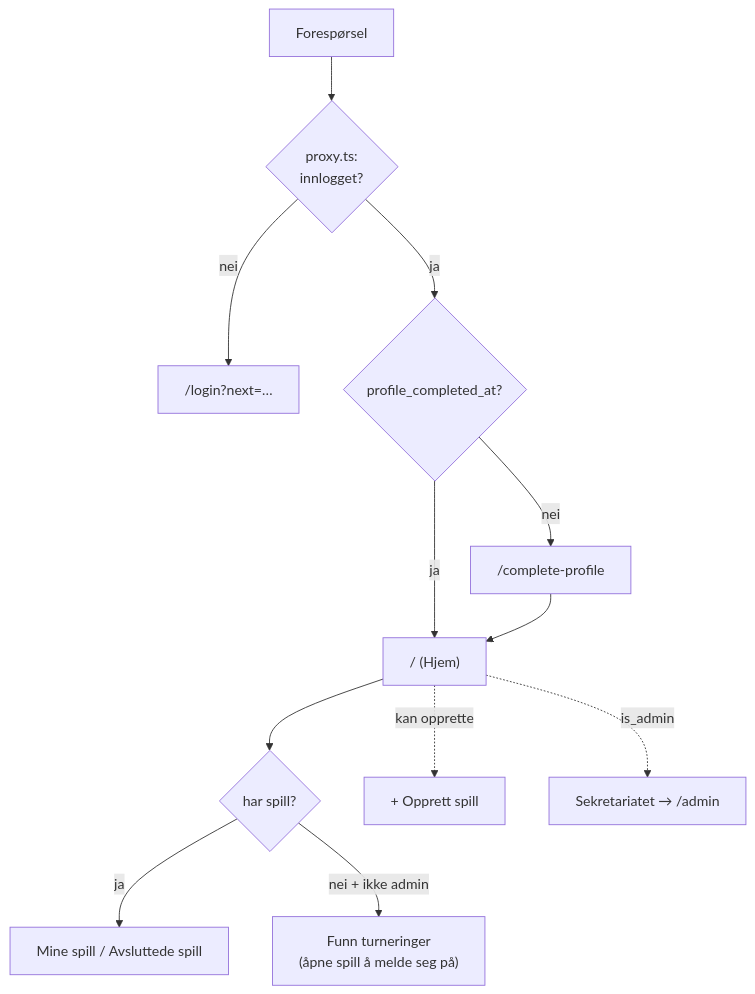
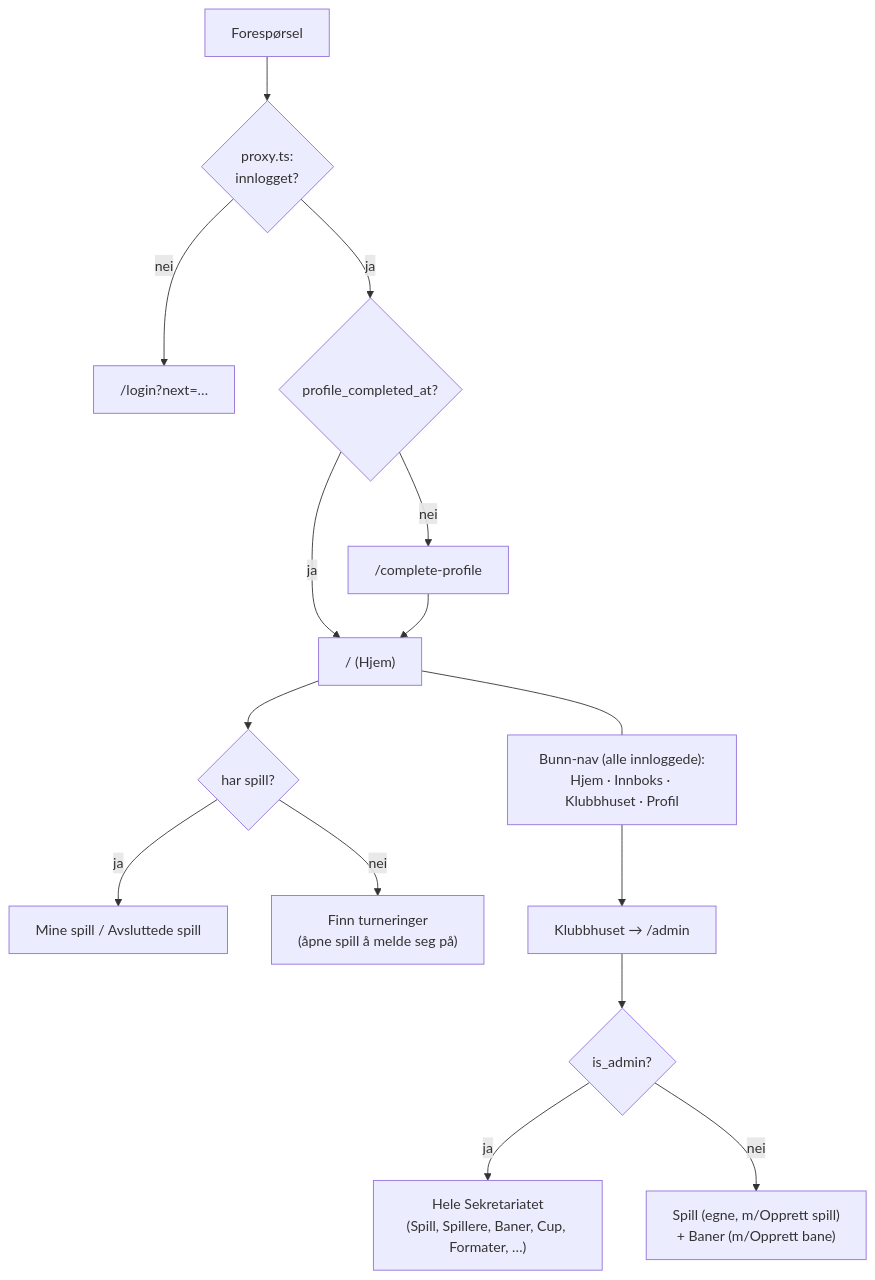
The first of 6 diagrams in docs/user-flows.md (jdlarssen/golf-app), drawn with Mermaid before and after one commit. The commit also changed other lines of this file and 1 other file, not shown here.

First line of the commit message:
docs(flows): refresh §0 routing for Klubbhuset universal nav (#392)

````diff
--- a/docs/user-flows.md
+++ b/docs/user-flows.md
@@ -22,14 +22,18 @@
 ```mermaid
 flowchart TD
   Req[Forespørsel] --> P{proxy.ts:<br/>innlogget?}
   P -- nei --> L["/login?next=…"]
   P -- ja --> Prof{profile_completed_at?}
   Prof -- nei --> CP["/complete-profile"]
   Prof -- ja --> Home["/ (Hjem)"]
   CP --> Home
   Home --> PH{har spill?}
   PH -- ja --> List["Mine spill / Avsluttede spill"]
-  PH -- "nei + ikke admin" --> Disc["Funn turneringer<br/>(åpne spill å melde seg på)"]
-  Home -. "kan opprette" .-> Create["+ Opprett spill"]
-  Home -. "is_admin" .-> Sek["Sekretariatet → /admin"]
+  PH -- nei --> Disc["Finn turneringer<br/>(åpne spill å melde seg på)"]
+  Nav["Bunn-nav (alle innloggede):<br/>Hjem · Innboks · Klubbhuset · Profil"]
+  Home --- Nav
+  Nav --> Klub["Klubbhuset → /admin"]
+  Klub --> KP{is_admin?}
+  KP -- ja --> Sek["Hele Sekretariatet<br/>(Spill, Spillere, Baner, Cup, Formater, …)"]
+  KP -- nei --> PlayerKlub["Spill (egne, m/Opprett spill)<br/>+ Baner (m/Opprett bane)"]
 ```
````
